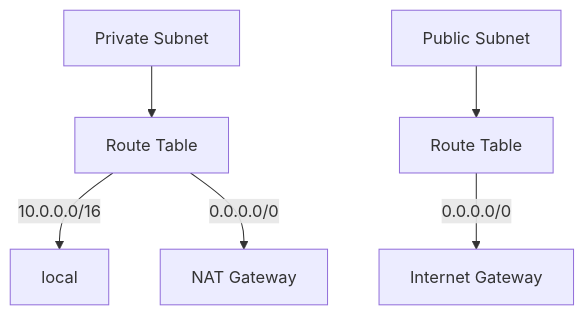
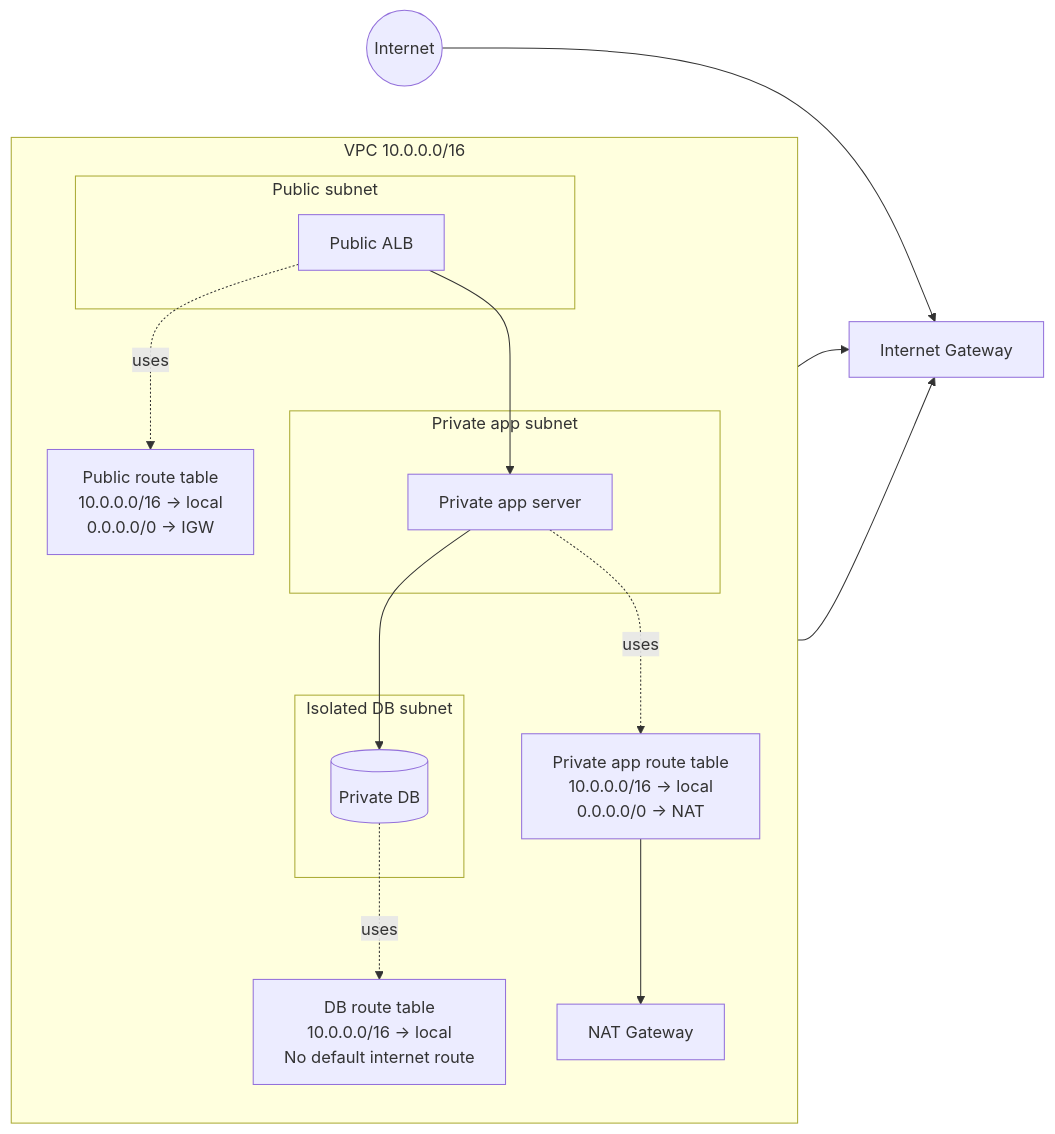
One commit to rooneyviet/aws-learning-obsidian changed the diagram in 05 - Networking, DNS, and Edge/VPC Route Tables.md. Above: the diagram before and after it, drawn with Mermaid. The commit also changed 7 other files, not shown here.

````diff
--- a/05 - Networking, DNS, and Edge/VPC Route Tables.md
+++ b/05 - Networking, DNS, and Edge/VPC Route Tables.md
@@ -23,8 +23,32 @@
 ```mermaid
-flowchart TD
-    A[Private Subnet] --> RT1[Route Table]
-    RT1 -->|10.0.0.0/16| Local[local]
-    RT1 -->|0.0.0.0/0| NAT[NAT Gateway]
-    B[Public Subnet] --> RT2[Route Table]
-    RT2 -->|0.0.0.0/0| IGW[Internet Gateway]
+flowchart LR
+    Internet((Internet)) --> IGW[Internet Gateway]
+
+    subgraph VPC["VPC 10.0.0.0/16"]
+        direction TB
+
+        subgraph PublicSubnet["Public subnet"]
+            ALB[Public ALB]
+        end
+
+        subgraph PrivateSubnet["Private app subnet"]
+            APP[Private app server]
+        end
+
+        subgraph DBSubnet["Isolated DB subnet"]
+            DB[(Private DB)]
+        end
+
+        PublicRT["Public route table\n10.0.0.0/16 -> local\n0.0.0.0/0 -> IGW"]
+        PrivateRT["Private app route table\n10.0.0.0/16 -> local\n0.0.0.0/0 -> NAT"]
+        DBRT["DB route table\n10.0.0.0/16 -> local\nNo default internet route"]
+        NAT[NAT Gateway]
+    end
+
+    ALB -. uses .-> PublicRT
+    APP -. uses .-> PrivateRT
+    DB -. uses .-> DBRT
+    PublicRT --> IGW
+    PrivateRT --> NAT --> IGW
+    ALB --> APP --> DB
 ```
````
